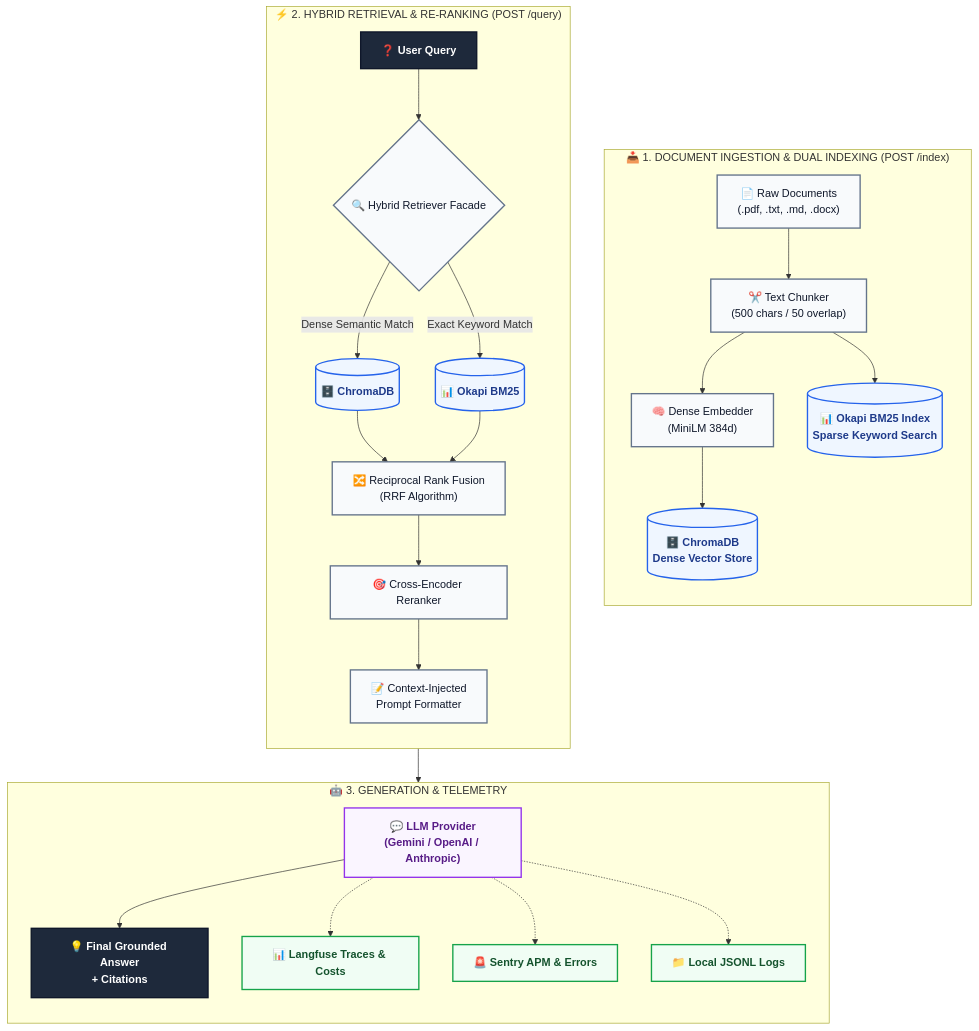
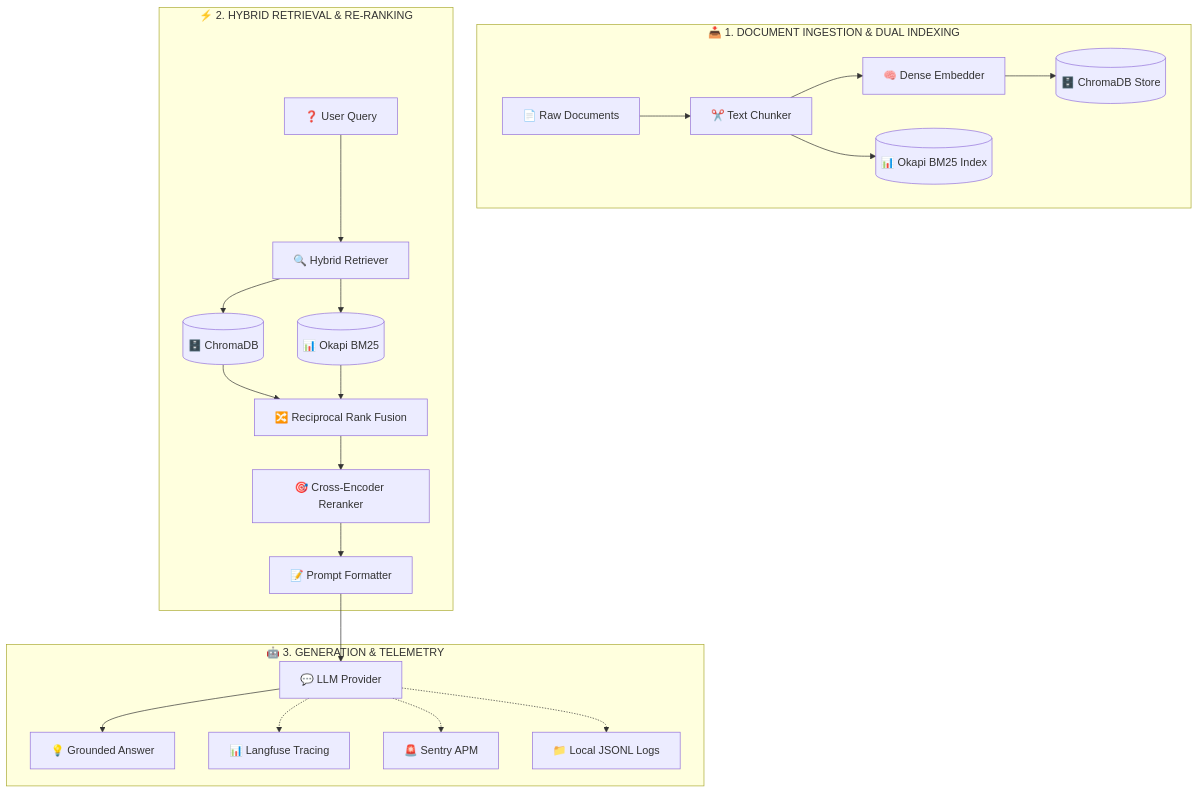
One commit to Souheil007/Rag_Full_Version changed the diagram in README.md. Above: the diagram before and after it, drawn with Mermaid.

Commit message:
docs: simplify Mermaid node labels and remove classDef overrides to prevent GitHub box truncation

````diff
--- a/README.md
+++ b/README.md
@@ -22,37 +22,28 @@
 ```mermaid
 flowchart TD
-    %% Custom Styling
-    classDef input fill:#1E293B,stroke:#0F172A,stroke-width:2px,color:#FFFFFF,font-weight:bold
-    classDef process fill:#F8FAFC,stroke:#64748B,stroke-width:2px,color:#0F172A
-    classDef storage fill:#EFF6FF,stroke:#2563EB,stroke-width:2px,color:#1E3A8A,font-weight:bold
-    classDef llm fill:#FAF5FF,stroke:#9333EA,stroke-width:2px,color:#581C87,font-weight:bold
-    classDef obs fill:#F0FDF4,stroke:#16A34A,stroke-width:2px,color:#14532D,font-weight:bold
-
-    subgraph PHASE1 ["📥 1. DOCUMENT INGESTION & DUAL INDEXING (POST /index)"]
-        direction TB
-        A1["📄 Raw Documents<br/>(.pdf, .txt, .md, .docx)"]:::process --> A2["✂️ Text Chunker<br/>(500 chars / 50 overlap)"]:::process
-        A2 --> A3["🧠 Dense Embedder<br/>(MiniLM 384d)"]:::process
-        A3 --> A4[("🗄️ ChromaDB<br/>Dense Vector Store")]:::storage
-        A2 --> A5[("📊 Okapi BM25 Index<br/>Sparse Keyword Search")]:::storage
+    subgraph Ingestion ["📥 1. DOCUMENT INGESTION & DUAL INDEXING"]
+        A1["📄 Raw Documents"] --> A2["✂️ Text Chunker"]
+        A2 --> A3["🧠 Dense Embedder"]
+        A3 --> A4[("🗄️ ChromaDB Store")]
+        A2 --> A5[("📊 Okapi BM25 Index")]
     end
 
-    subgraph PHASE2 ["⚡ 2. HYBRID RETRIEVAL & RE-RANKING (POST /query)"]
-        direction TB
-        B1["❓ User Query"]:::input --> B2{"🔍 Hybrid Retriever Facade"}:::process
-        B2 -->|Dense Semantic Match| B3[("🗄️ ChromaDB")]:::storage
-        B2 -->|Exact Keyword Match| B4[("📊 Okapi BM25")]:::storage
-        B3 & B4 --> B5["🔀 Reciprocal Rank Fusion<br/>(RRF Algorithm)"]:::process
-        B5 --> B6["🎯 Cross-Encoder Reranker"]:::process
-        B6 --> B7["📝 Context-Injected<br/>Prompt Formatter"]:::process
+    subgraph Retrieval ["⚡ 2. HYBRID RETRIEVAL & RE-RANKING"]
+        B1["❓ User Query"] --> B2["🔍 Hybrid Retriever"]
+        B2 --> B3[("🗄️ ChromaDB")]
+        B2 --> B4[("📊 Okapi BM25")]
+        B3 --> B5["🔀 Reciprocal Rank Fusion"]
+        B4 --> B5
+        B5 --> B6["🎯 Cross-Encoder Reranker"]
+        B6 --> B7["📝 Prompt Formatter"]
     end
 
-    subgraph PHASE3 ["🤖 3. GENERATION & TELEMETRY"]
-        direction TB
-        B7 --> C1["💬 LLM Provider<br/>(Gemini / OpenAI / Anthropic)"]:::llm
-        C1 --> C2["💡 Final Grounded Answer<br/>+ Citations"]:::input
+    subgraph Generation ["🤖 3. GENERATION & TELEMETRY"]
+        B7 --> C1["💬 LLM Provider"]
+        C1 --> C2["💡 Grounded Answer"]
 
-        C1 -.-> D1["📊 Langfuse Traces & Costs"]:::obs
-        C1 -.-> D2["🚨 Sentry APM & Errors"]:::obs
-        C1 -.-> D3["📁 Local JSONL Logs"]:::obs
+        C1 -.-> D1["📊 Langfuse Tracing"]
+        C1 -.-> D2["🚨 Sentry APM"]
+        C1 -.-> D3["📁 Local JSONL Logs"]
     end
 ```
````
